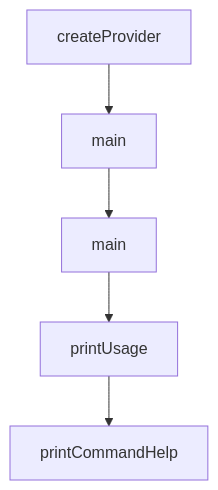
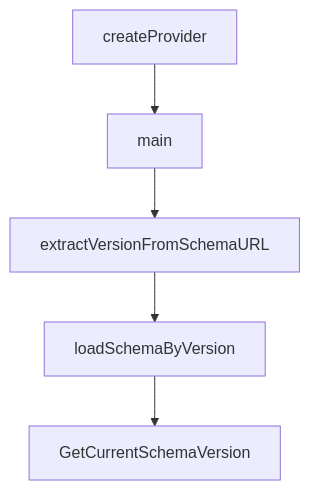
One commit to johnxie/awesome-code-docs changed the diagram in tutorials/mcp-registry-tutorial/01-getting-started-and-first-publish.md. Above: the diagram before and after it, drawn with Mermaid. The commit also changed other lines of this file and 1232 other files, not shown here.

````diff
--- a/tutorials/mcp-registry-tutorial/01-getting-started-and-first-publish.md
+++ b/tutorials/mcp-registry-tutorial/01-getting-started-and-first-publish.md
@@ -225,12 +225,12 @@
 ```mermaid
 flowchart TD
     A[createProvider]
     B[main]
-    C[main]
-    D[printUsage]
-    E[printCommandHelp]
+    C[extractVersionFromSchemaURL]
+    D[loadSchemaByVersion]
+    E[GetCurrentSchemaVersion]
     A --> B
     B --> C
     C --> D
     D --> E
 ```
````
